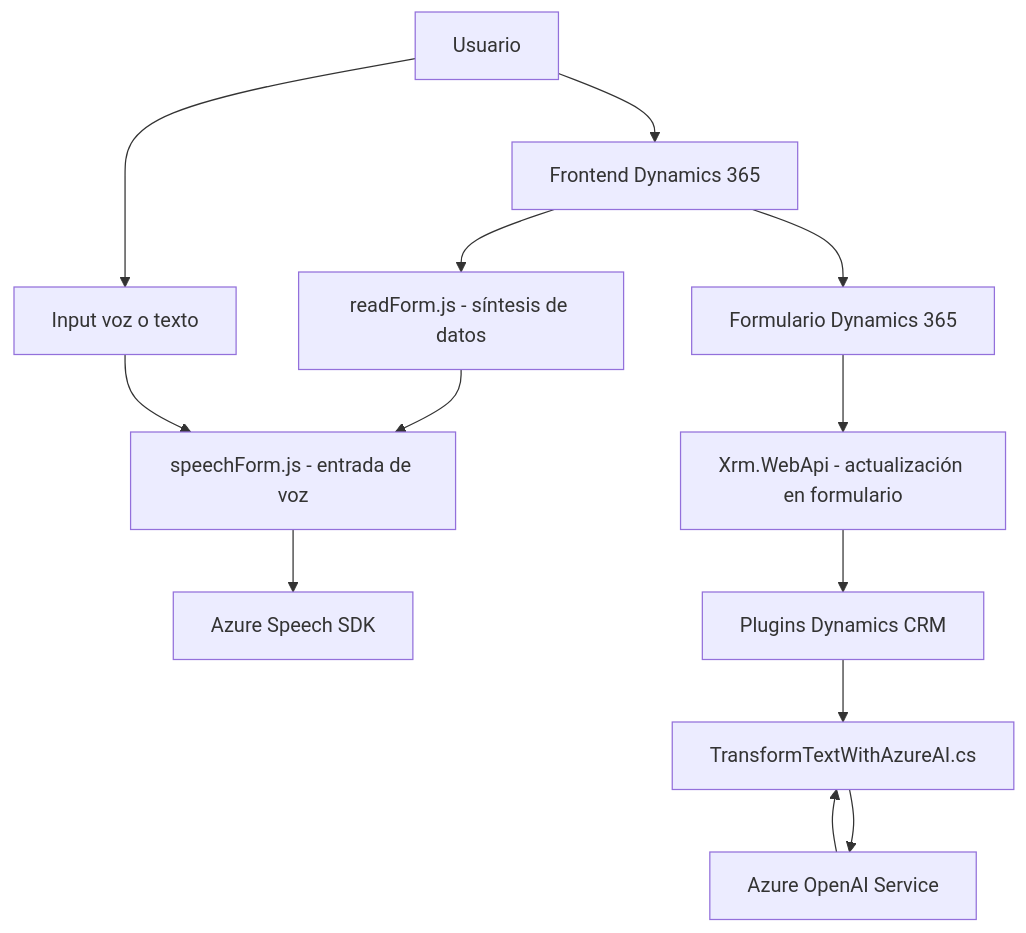
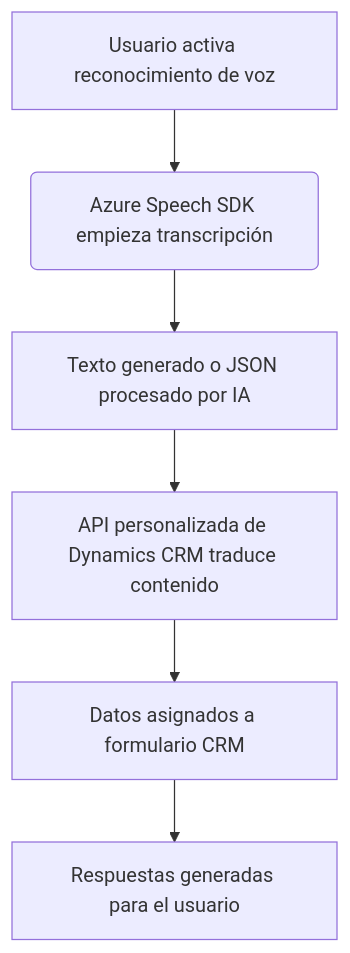
One commit to blopezdm/NETCORE_BILBAO2025 changed the first of 3 diagrams in README.md. Above: the diagram before and after it, drawn with Mermaid. The commit also changed other lines of this file, not shown here.

````diff
--- a/README.md
+++ b/README.md
@@ -64,15 +42,8 @@
 ```mermaid
 graph TD
-    A["Usuario"] --> B["Frontend Dynamics 365"]
-    B --> C1["readForm.js - síntesis de datos"]
-    C1 --> C2["speechForm.js - entrada de voz"]
-    C2 --> D["Azure Speech SDK"]
-    B --> E["Formulario Dynamics 365"]
-    E --> F["Xrm.WebApi - actualización en formulario"]
-    A --> G["Input voz o texto"]
-    G --> C2
-    F --> H["Plugins Dynamics CRM"]
-    H --> I["TransformTextWithAzureAI.cs"]
-    I --> J["Azure OpenAI Service"]
-    J --> I
+    A["Usuario activa reconocimiento de voz"] --> B("Azure Speech SDK empieza transcripción")
+    B --> C["Texto generado o JSON procesado por IA"]
+    C --> D["API personalizada de Dynamics CRM traduce contenido"]
+    D --> E["Datos asignados a formulario CRM"]
+    E --> F["Respuestas generadas para el usuario"]
 ```
````
